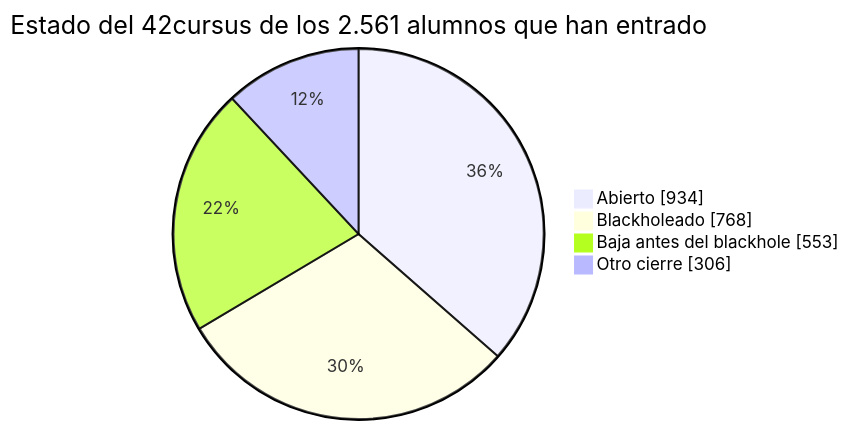
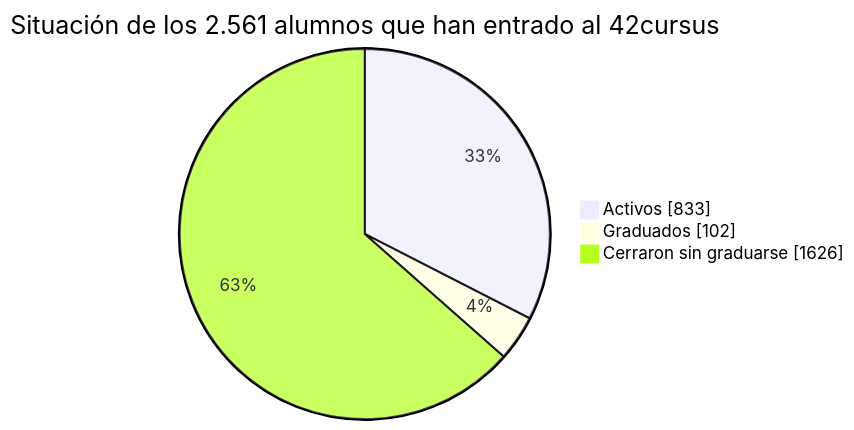
The diagram in docs/POC.md (jzelada97/42stats), drawn with Mermaid before and after one commit. The commit also changed other lines of this file and 2 other files, not shown here.

````diff
--- a/docs/POC.md
+++ b/docs/POC.md
@@ -41,7 +45,6 @@
 ```mermaid
-pie showData title Estado del 42cursus de los 2.561 alumnos que han entrado
-    "Abierto" : 934
-    "Blackholeado" : 768
-    "Baja antes del blackhole" : 553
-    "Otro cierre" : 306
+pie showData title Situación de los 2.561 alumnos que han entrado al 42cursus
+    "Activos" : 833
+    "Graduados" : 102
+    "Cerraron sin graduarse" : 1626
 ```
````
